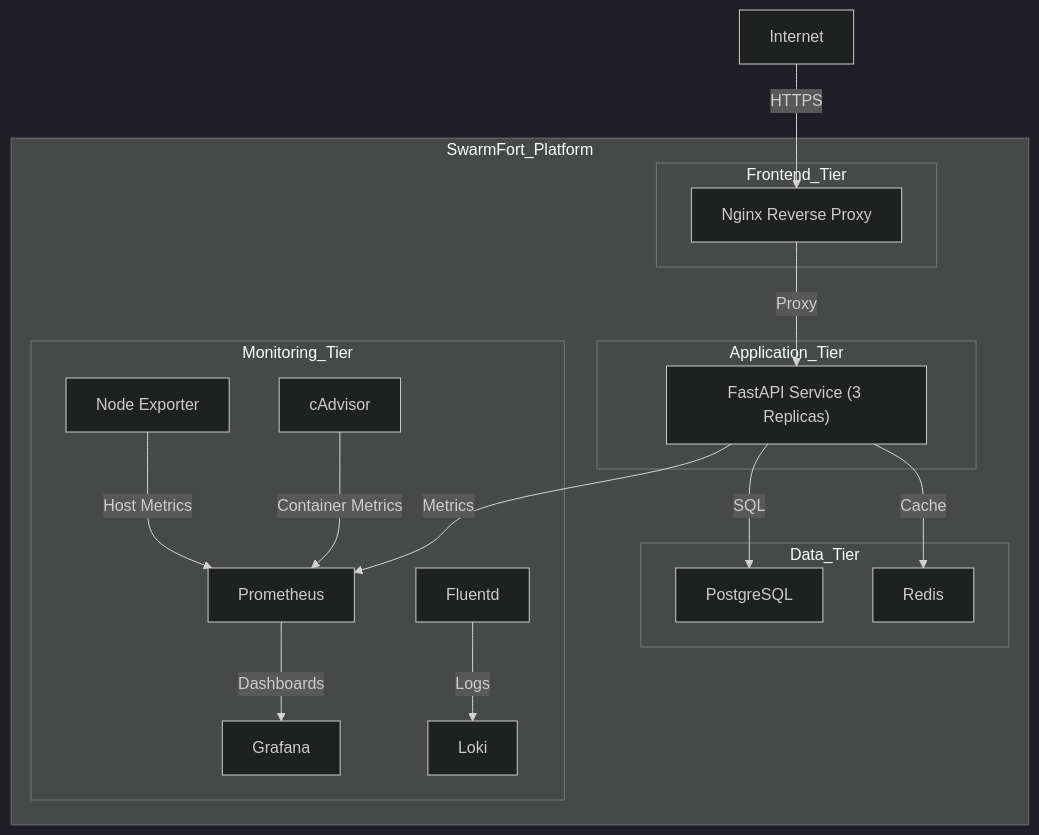
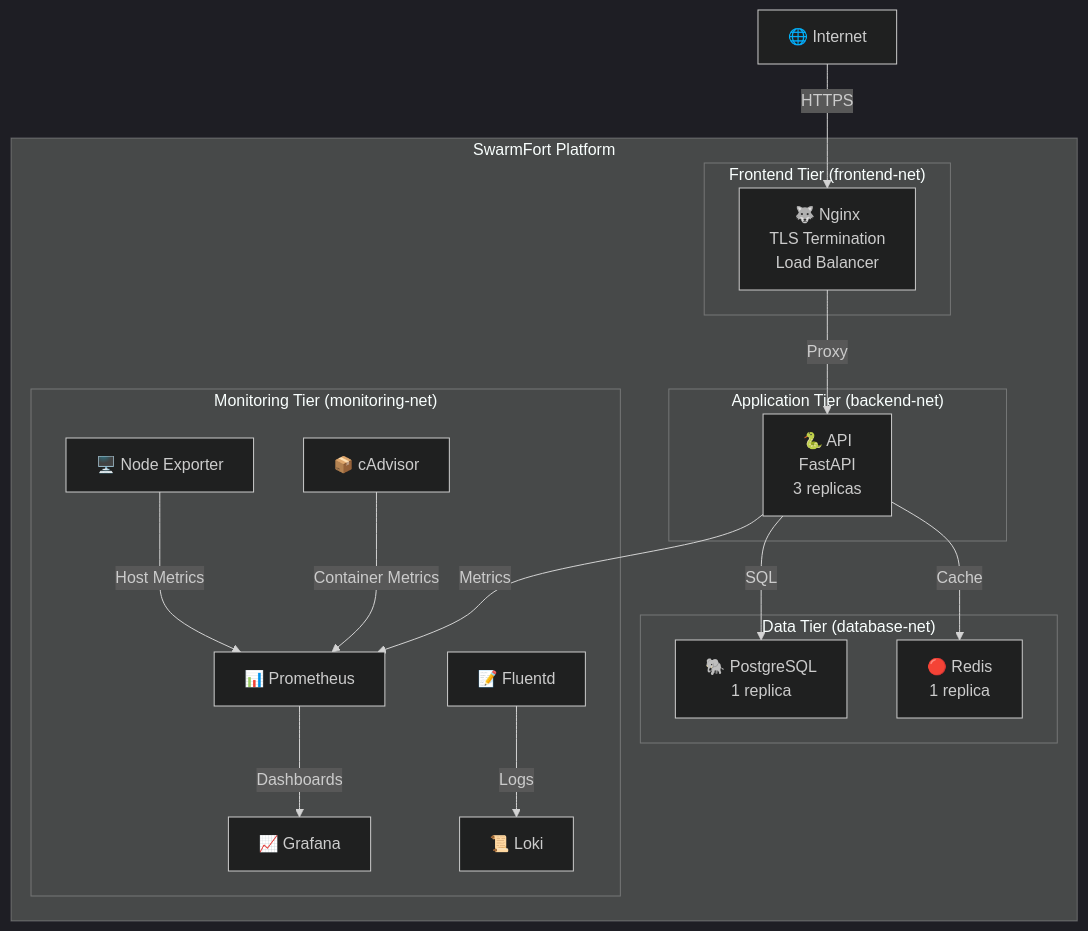
Before and after one commit to rajim59/SwarmFort: the first of 5 diagrams in docs/architecture.md, drawn with Mermaid (dark theme). The commit also changed other lines of this file, not shown here.

Commit message:
docs: document system architecture, component interactions and core design choices

````diff
--- a/docs/architecture.md
+++ b/docs/architecture.md
@@ -40,45 +50,36 @@
 ```mermaid
 graph TB
-
-    subgraph SwarmFort_Platform
-
-        subgraph Frontend_Tier
-            Nginx["Nginx Reverse Proxy"]
+    subgraph "SwarmFort Platform"
+        subgraph "Frontend Tier (frontend-net)"
+            Nginx[🐺 Nginx<br/>TLS Termination<br/>Load Balancer]
         end
 
-        subgraph Application_Tier
-            API["FastAPI Service (3 Replicas)"]
+        subgraph "Application Tier (backend-net)"
+            API[🐍 API<br/>FastAPI<br/>3 replicas]
         end
 
-        subgraph Data_Tier
-            DB["PostgreSQL"]
-            Redis["Redis"]
+        subgraph "Data Tier (database-net)"
+            DB[🐘 PostgreSQL<br/>1 replica]
+            Redis[🔴 Redis<br/>1 replica]
         end
 
-        subgraph Monitoring_Tier
-            Prom["Prometheus"]
-            Grafana["Grafana"]
-            Loki["Loki"]
-            cAdvisor["cAdvisor"]
-            NodeExp["Node Exporter"]
-            Fluentd["Fluentd"]
+        subgraph "Monitoring Tier (monitoring-net)"
+            Prom[📊 Prometheus]
+            Grafana[📈 Grafana]
+            Loki[📜 Loki]
+            cAdvisor[📦 cAdvisor]
+            NodeExp[🖥️ Node Exporter]
+            Fluentd[📝 Fluentd]
         end
-
     end
 
-    Internet["Internet"]
-
-    Internet -->|HTTPS| Nginx
+    Internet[🌐 Internet] -->|HTTPS| Nginx
     Nginx -->|Proxy| API
-
     API -->|SQL| DB
     API -->|Cache| Redis
-
     API -->|Metrics| Prom
-
     Prom -->|Dashboards| Grafana
-
     Fluentd -->|Logs| Loki
     cAdvisor -->|Container Metrics| Prom
     NodeExp -->|Host Metrics| Prom
 ```
````
